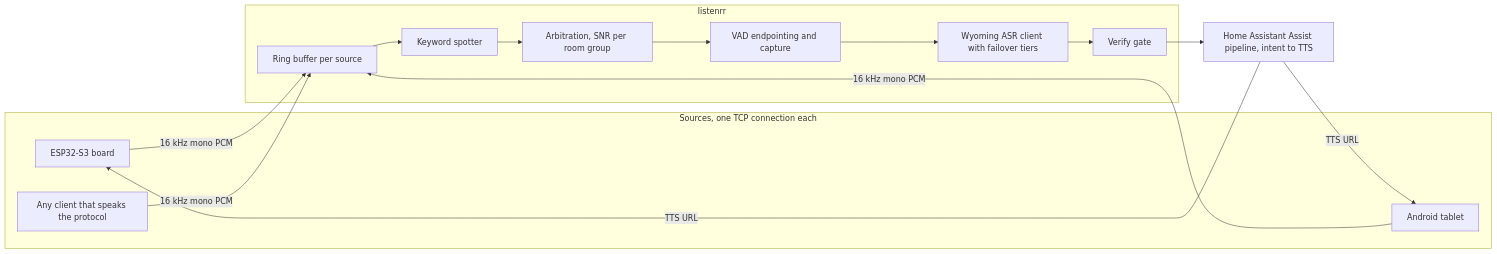
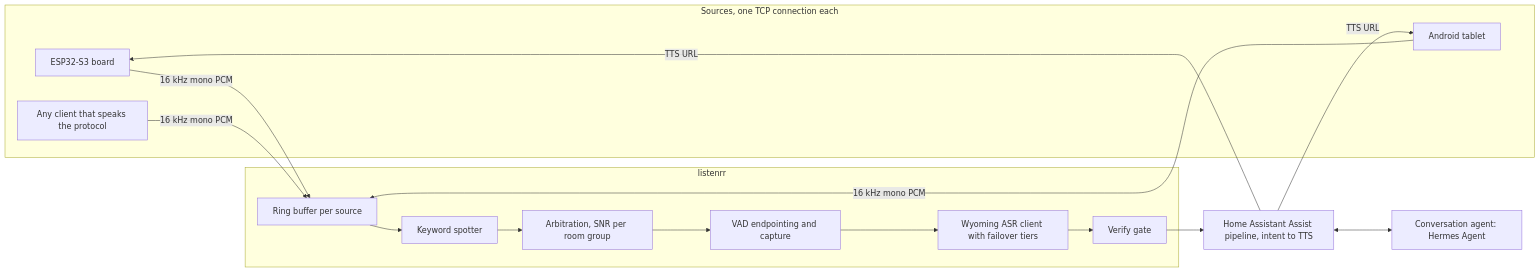
The diagram in README.md (carrion256/listenrr), drawn with Mermaid before and after one commit. The commit also changed other lines of this file and 2 other files, not shown here.

Commit message:
docs: Hermes Agent is the conversation agent behind the pipeline

````diff
--- a/README.md
+++ b/README.md
@@ -44,20 +62,22 @@
 ```mermaid
 flowchart LR
     subgraph sources [Sources, one TCP connection each]
         esp[ESP32-S3 board]
         tab[Android tablet]
         pi[Any client that speaks the protocol]
     end
     subgraph backend [listenrr]
         ring[Ring buffer per source]
         kws[Keyword spotter]
         arb[Arbitration, SNR per room group]
         cap[VAD endpointing and capture]
         asr[Wyoming ASR client with failover tiers]
         ver[Verify gate]
     end
     ha[Home Assistant Assist pipeline, intent to TTS]
+    agent[Conversation agent: Hermes Agent]
+    ha <--> agent
     esp & tab & pi -->|16 kHz mono PCM| ring --> kws --> arb --> cap --> asr --> ver --> ha
     ha -->|TTS URL| esp
     ha -->|TTS URL| tab
 ```
````
